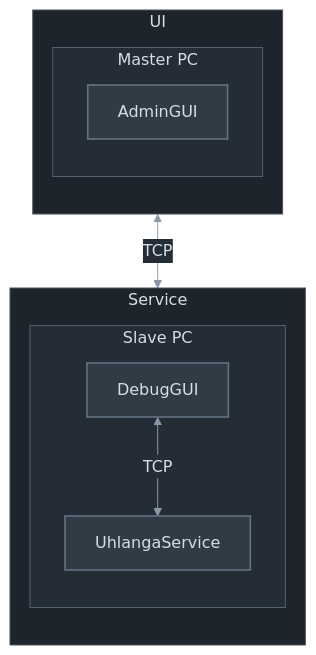
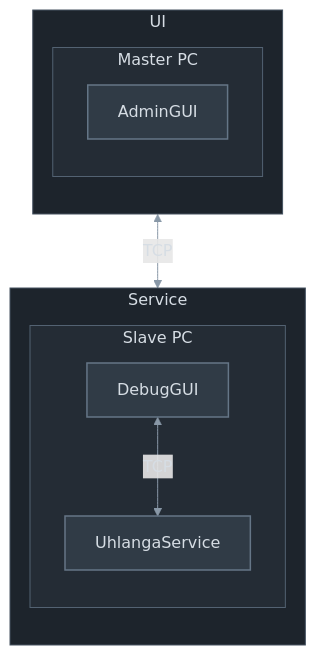
One commit to ned-razzz/system-astronaut changed the diagram in samples/system_architecture.md. Above: the diagram before and after it, drawn with Mermaid.

Commit message:
docs(samples): use default Mermaid architecture theme

````diff
--- a/samples/system_architecture.md
+++ b/samples/system_architecture.md
@@ -3,29 +3,28 @@
 ```mermaid
-%%{init: {"theme": "base", "themeVariables": {"darkMode": true, "background": "#171c22", "primaryColor": "#303b46", "primaryTextColor": "#d6dde4", "primaryBorderColor": "#657687", "secondaryColor": "#242c35", "tertiaryColor": "#1d242c", "lineColor": "#8998a7", "textColor": "#d6dde4", "clusterBkg": "#1d242c", "clusterBorder": "#465361", "edgeLabelBackground": "#242c35"}}}%%
 flowchart TB
     subgraph UI["UI"]
         direction TB
         subgraph MasterPC["Master PC"]
             AdminGUI["AdminGUI"]
         end
     end
 
     subgraph Service["Service"]
         direction TB
         subgraph SlavePC["Slave PC"]
             UhlanageService["UhlangaService"]
             DebugMonitor["DebugGUI"]
         end
     end
 
     AdminGUI <-->|"TCP"| UhlanageService
     DebugMonitor <-->|"TCP"| UhlanageService
 
     classDef process fill:#303b46,stroke:#657687,color:#d6dde4,stroke-width:1.5px
     class AdminGUI,UhlanageService,DebugMonitor process
     style UI fill:#1d242c,stroke:#465361,color:#d6dde4
     style Service fill:#1d242c,stroke:#465361,color:#d6dde4
     style MasterPC fill:#242c35,stroke:#536272,color:#d6dde4
     style SlavePC fill:#242c35,stroke:#536272,color:#d6dde4
     linkStyle default stroke:#8998a7,color:#d6dde4
 ```
````
